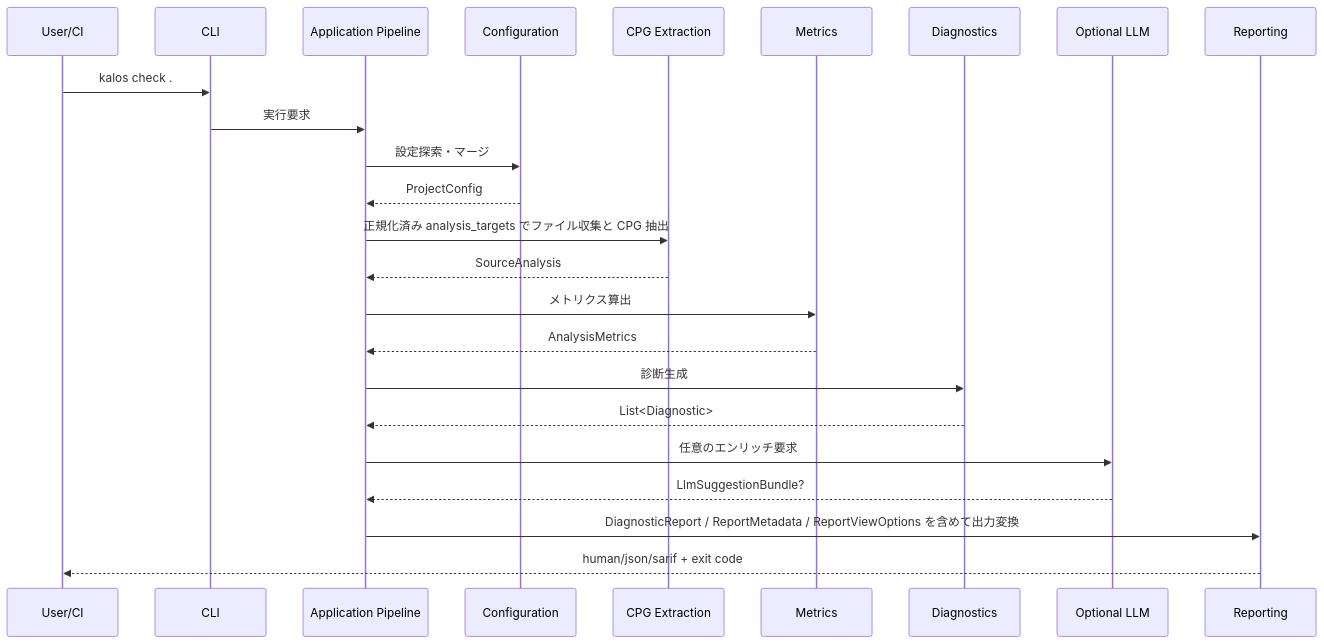
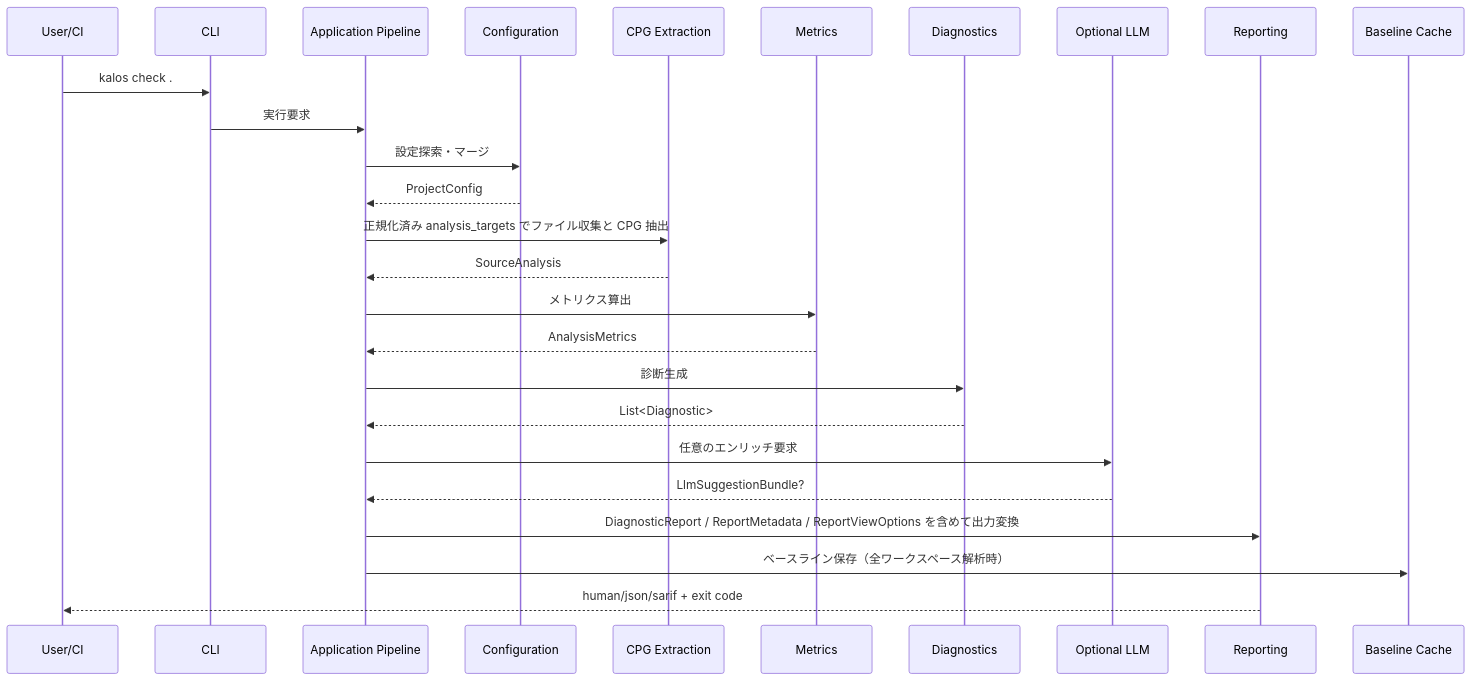
Before and after one commit to RK0429/kalos: the third of 4 diagrams in docs/architecture.md, drawn with Mermaid. The commit also changed other lines of this file and 6 other files, not shown here.

````diff
--- a/docs/architecture.md
+++ b/docs/architecture.md
@@ -273,27 +276,29 @@
 ```mermaid
 sequenceDiagram
     participant U as User/CI
     participant CLI as CLI
     participant APP as Application Pipeline
     participant CFG as Configuration
     participant CPG as CPG Extraction
     participant M as Metrics
     participant D as Diagnostics
     participant LLM as Optional LLM
     participant R as Reporting
+    participant Cache as Baseline Cache
 
     U->>CLI: kalos check .
     CLI->>APP: 実行要求
     APP->>CFG: 設定探索・マージ
     CFG-->>APP: ProjectConfig
     APP->>CPG: 正規化済み analysis_targets でファイル収集と CPG 抽出
     CPG-->>APP: SourceAnalysis
     APP->>M: メトリクス算出
     M-->>APP: AnalysisMetrics
     APP->>D: 診断生成
     D-->>APP: List<Diagnostic>
     APP->>LLM: 任意のエンリッチ要求
     LLM-->>APP: LlmSuggestionBundle?
     APP->>R: DiagnosticReport / ReportMetadata / ReportViewOptions を含めて出力変換
+    APP->>Cache: ベースライン保存（全ワークスペース解析時）
     R-->>U: human/json/sarif + exit code
 ```
````
